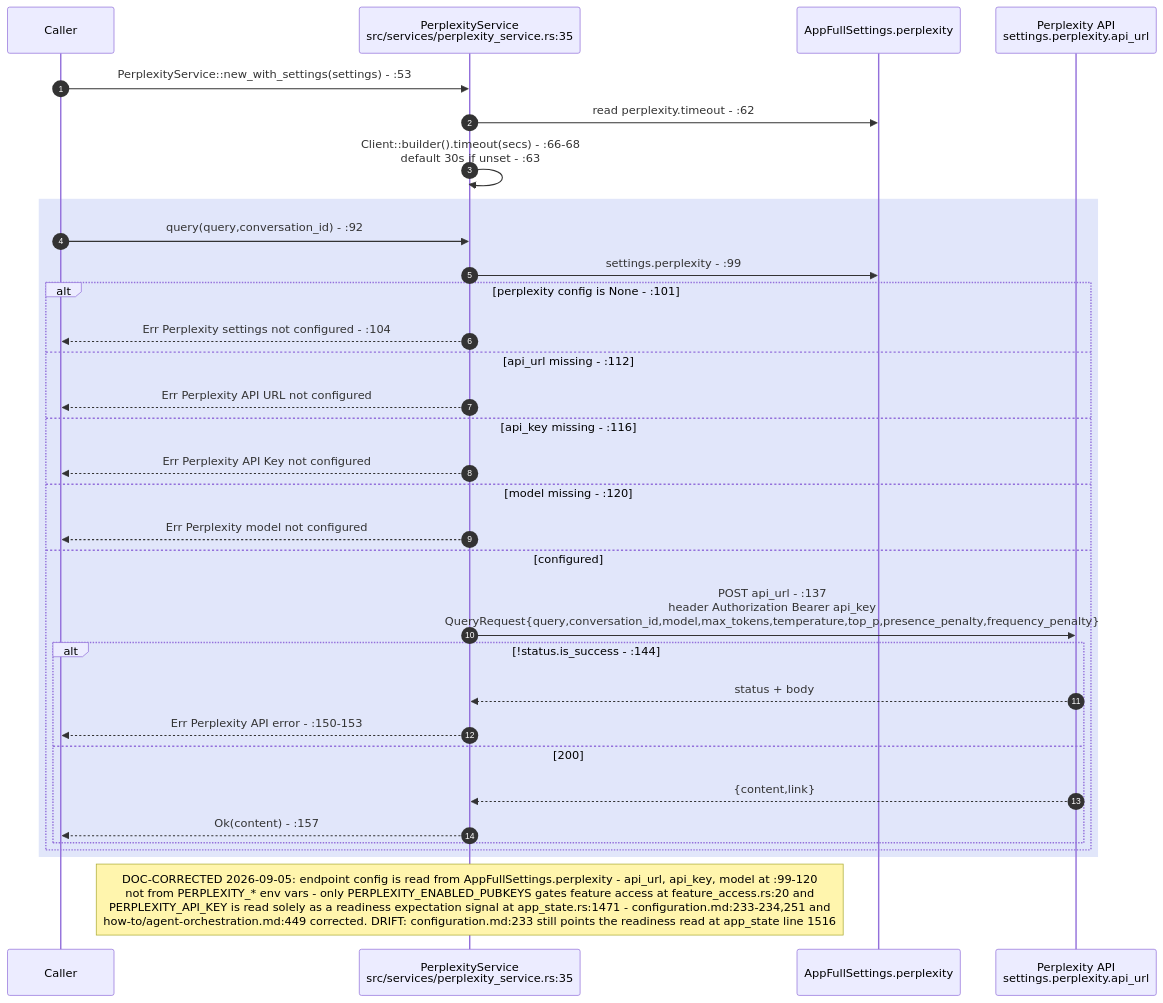
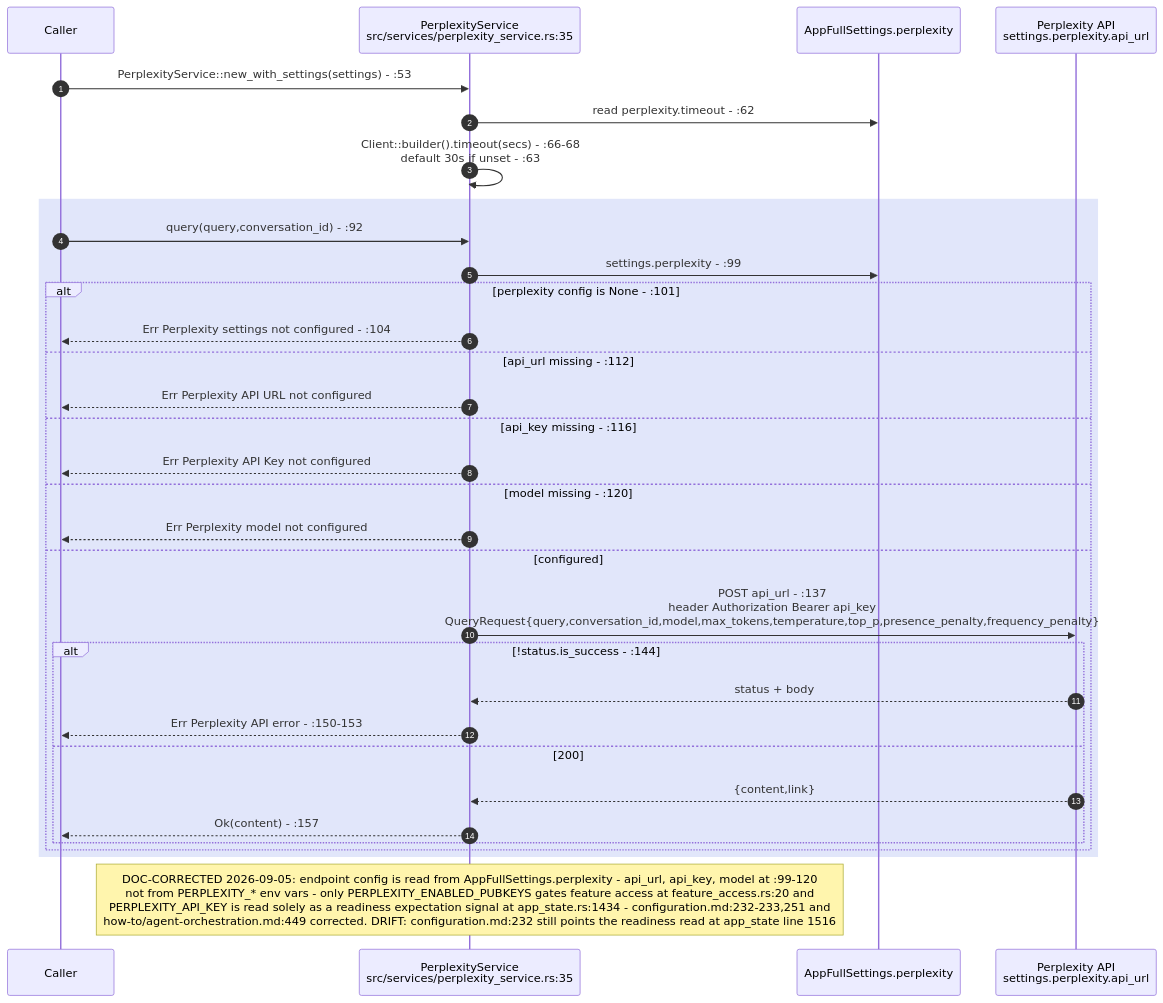
Before and after one commit to DreamLab-AI/VisionFlow: the third of 8 diagrams in docs/diagrams/visionclaw/28-external-services.md, drawn with Mermaid. The commit also changed other lines of this file and 7 other files, not shown here.

First line of the commit message:
diagrams(visionclaw): re-verify VC-25..28 and VC-30..33 at visionclaw 4900ec60b, agentbox 59b1aca1c

````diff
--- a/docs/diagrams/visionclaw/28-external-services.md
+++ b/docs/diagrams/visionclaw/28-external-services.md
@@ -149,36 +149,36 @@
 ```mermaid
 sequenceDiagram
     autonumber
     participant Caller
     participant PS as PerplexityService<br/>src/services/perplexity_service.rs:35
     participant SET as AppFullSettings.perplexity
     participant PX as Perplexity API<br/>settings.perplexity.api_url
 
     Caller->>PS: PerplexityService::new_with_settings(settings) - :53
     PS->>SET: read perplexity.timeout - :62
     PS->>PS: Client::builder().timeout(secs) - :66-68<br/>default 30s if unset - :63
 
     rect rgb(225,230,250)
     Caller->>PS: query(query,conversation_id) - :92
     PS->>SET: settings.perplexity - :99
     alt perplexity config is None - :101
         PS-->>Caller: Err Perplexity settings not configured - :104
     else api_url missing - :112
         PS-->>Caller: Err Perplexity API URL not configured
     else api_key missing - :116
         PS-->>Caller: Err Perplexity API Key not configured
     else model missing - :120
         PS-->>Caller: Err Perplexity model not configured
     else configured
         PS->>PX: POST api_url - :137<br/>header Authorization Bearer api_key<br/>QueryRequest{query,conversation_id,model,max_tokens,temperature,top_p,presence_penalty,frequency_penalty}
         alt !status.is_success - :144
             PX-->>PS: status + body
             PS-->>Caller: Err Perplexity API error - :150-153
         else 200
             PX-->>PS: {content,link}
             PS-->>Caller: Ok(content) - :157
         end
     end
     end
-    Note over PS: DOC-CORRECTED 2026-09-05: endpoint config is read from AppFullSettings.perplexity - api_url, api_key, model at :99-120<br/>not from PERPLEXITY_* env vars - only PERPLEXITY_ENABLED_PUBKEYS gates feature access at feature_access.rs:20 and<br/>PERPLEXITY_API_KEY is read solely as a readiness expectation signal at app_state.rs:1471 - configuration.md:233-234,251 and<br/>how-to/agent-orchestration.md:449 corrected. DRIFT: configuration.md:233 still points the readiness read at app_state line 1516
+    Note over PS: DOC-CORRECTED 2026-09-05: endpoint config is read from AppFullSettings.perplexity - api_url, api_key, model at :99-120<br/>not from PERPLEXITY_* env vars - only PERPLEXITY_ENABLED_PUBKEYS gates feature access at feature_access.rs:20 and<br/>PERPLEXITY_API_KEY is read solely as a readiness expectation signal at app_state.rs:1434 - configuration.md:232-233,251 and<br/>how-to/agent-orchestration.md:449 corrected. DRIFT: configuration.md:232 still points the readiness read at app_state line 1516
 ```
````
